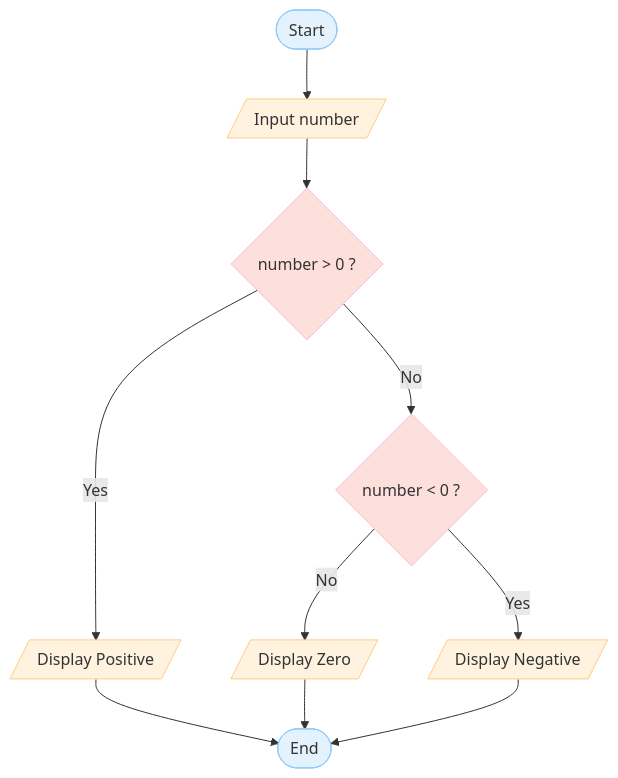
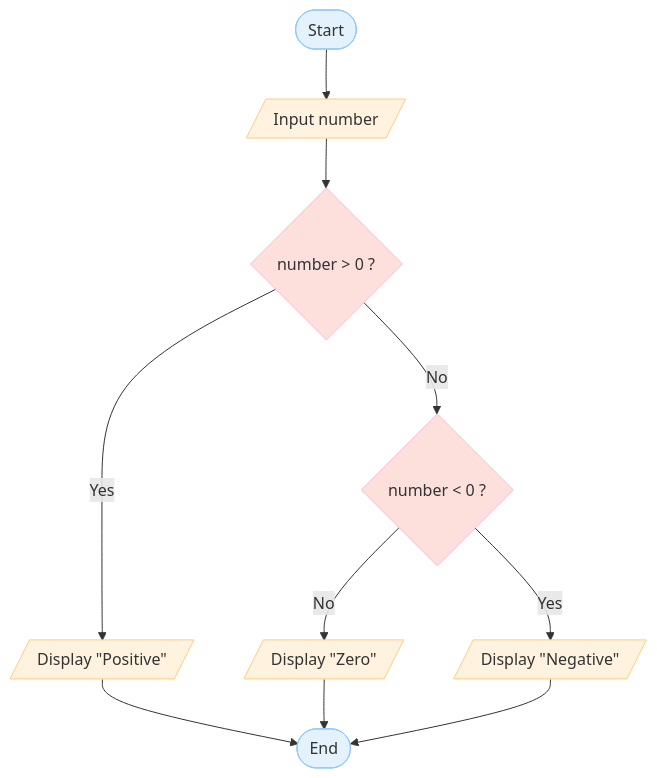
Before and after one commit to joelBIT/workshop-pseudocode-flowcharts: the ninth of 9 diagrams in README.md, drawn with Mermaid. The commit also changed other lines of this file, not shown here.

Commit message:
Update display messages in flowcharts

````diff
--- a/README.md
+++ b/README.md
@@ -339,16 +339,16 @@
 ```mermaid
 flowchart TD
     A([Start]):::term --> B[/Input number/]:::io
     B --> C{number > 0 ?}:::dec
     C -- No --> E{number < 0 ?}:::dec
-    C -- Yes --> D[/Display Positive/]:::io
+    C -- Yes --> D[/Display "Positive"/]:::io
     D --> I([End]):::term
-    E -- No --> F[/Display Zero/]:::io
-    E -- Yes --> G[/Display Negative/]:::io
+    E -- No --> F[/Display "Zero"/]:::io
+    E -- Yes --> G[/Display "Negative"/]:::io
     F --> I([End]):::term
     G --> I([End]):::term
 
 classDef term fill:#e3f2fd,stroke:#90caf9,color:#333,stroke-width:1px;
 classDef io fill:#fff3e0,stroke:#ffcc80,color:#333,stroke-width:1px;
 classDef dec fill:#fde0dc,stroke:#f8bbd0,color:#333,stroke-width:1px;
 ```
````
